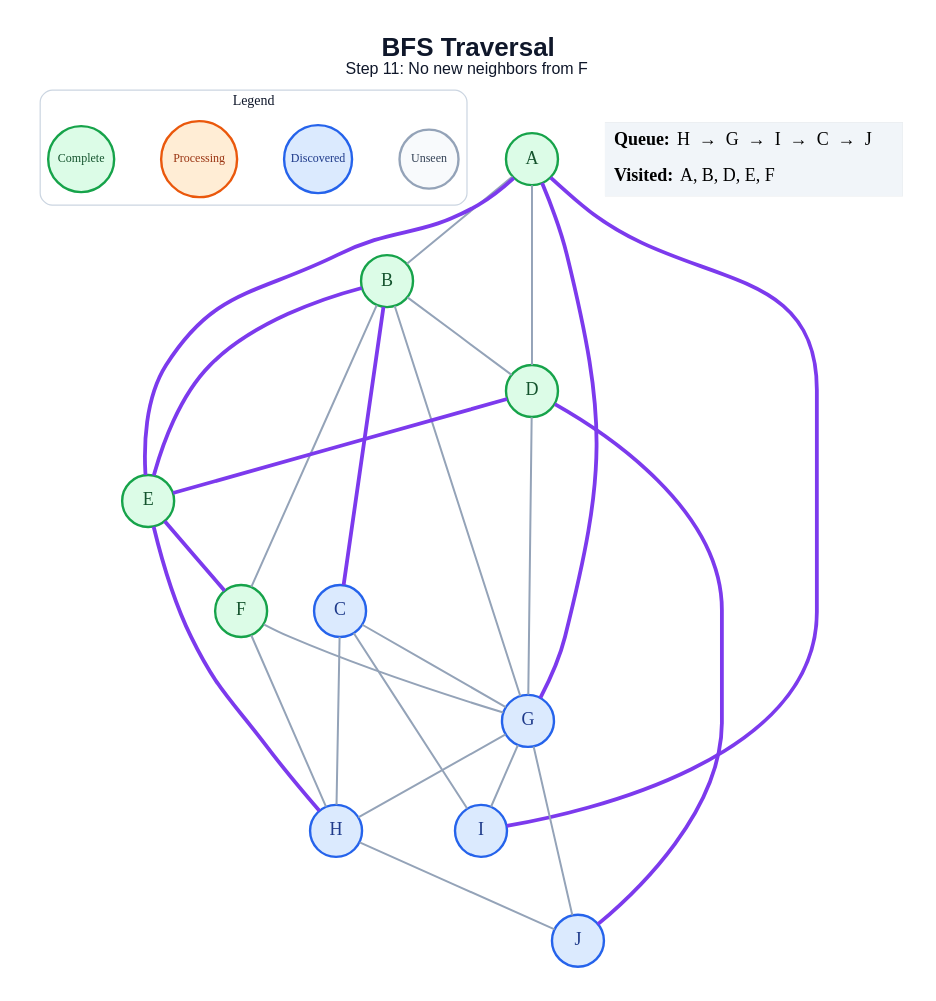
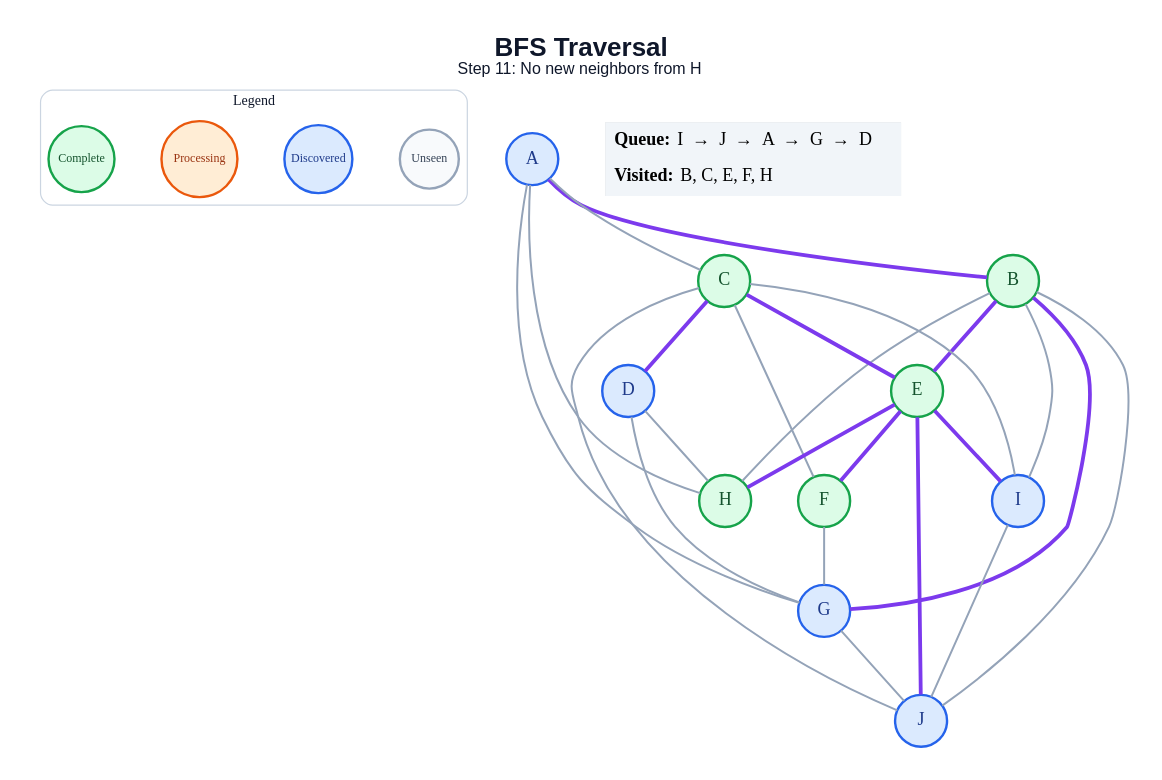
The diagram in generated/specific-node/bfs/step_11.dot (amanghodawala9/ai-slop), drawn with Graphviz before and after one commit. The commit also changed 178 other files, not shown here.

```diff
--- a/generated/specific-node/bfs/step_11.dot
+++ b/generated/specific-node/bfs/step_11.dot
@@ -1,53 +1,52 @@
 graph traversal {
   graph [layout=dot, rankdir=TB, bgcolor="#FFFFFF", pad="0.35", nodesep="0.65", ranksep="0.8", fontname="Arial"];
   node [shape=circle, style="filled", fontname="Arial Bold", fontsize=18, width=0.72, fixedsize=true, penwidth=2.4];
   edge [color="#94A3B8", penwidth=2.0];
-  label=<<B>BFS Traversal</B><BR/><FONT POINT-SIZE="16">Step 11: No new neighbors from F</FONT>>; labelloc="t"; fontsize=26; fontname="Arial"; fontcolor="#0F172A";
+  label=<<B>BFS Traversal</B><BR/><FONT POINT-SIZE="16">Step 11: No new neighbors from H</FONT>>; labelloc="t"; fontsize=26; fontname="Arial"; fontcolor="#0F172A";
   subgraph cluster_legend { label="Legend"; color="#CBD5E1"; penwidth=1.2; style="rounded"; fontsize=14; fontname="Arial Bold";
     key_unseen [label="Unseen", fillcolor="#F8FAFC", color="#94A3B8", fontcolor="#334155", fontsize=12, width=0.82];
     key_frontier [label="Discovered", fillcolor="#DBEAFE", color="#2563EB", fontcolor="#1E3A8A", fontsize=12, width=0.95];
     key_current [label="Processing", fillcolor="#FFEDD5", color="#EA580C", fontcolor="#9A3412", fontsize=12, width=1.05];
     key_done [label="Complete", fillcolor="#DCFCE7", color="#16A34A", fontcolor="#14532D", fontsize=12, width=0.92];
     { rank=same; key_unseen; key_frontier; key_current; key_done; }
   }
-  A [fillcolor="#DCFCE7", color="#16A34A", fontcolor="#14532D"];
+  A [fillcolor="#DBEAFE", color="#2563EB", fontcolor="#1E3A8A"];
   B [fillcolor="#DCFCE7", color="#16A34A", fontcolor="#14532D"];
-  C [fillcolor="#DBEAFE", color="#2563EB", fontcolor="#1E3A8A"];
-  D [fillcolor="#DCFCE7", color="#16A34A", fontcolor="#14532D"];
+  C [fillcolor="#DCFCE7", color="#16A34A", fontcolor="#14532D"];
+  D [fillcolor="#DBEAFE", color="#2563EB", fontcolor="#1E3A8A"];
   E [fillcolor="#DCFCE7", color="#16A34A", fontcolor="#14532D"];
   F [fillcolor="#DCFCE7", color="#16A34A", fontcolor="#14532D"];
   G [fillcolor="#DBEAFE", color="#2563EB", fontcolor="#1E3A8A"];
-  H [fillcolor="#DBEAFE", color="#2563EB", fontcolor="#1E3A8A"];
+  H [fillcolor="#DCFCE7", color="#16A34A", fontcolor="#14532D"];
   I [fillcolor="#DBEAFE", color="#2563EB", fontcolor="#1E3A8A"];
   J [fillcolor="#DBEAFE", color="#2563EB", fontcolor="#1E3A8A"];
-  A -- B;
-  A -- D;
-  A -- E [color="#7C3AED", penwidth=3.8];
-  A -- G [color="#7C3AED", penwidth=3.8];
-  A -- I [color="#7C3AED", penwidth=3.8];
-  B -- C [color="#7C3AED", penwidth=3.8];
-  B -- D;
+  A -- B [color="#7C3AED", penwidth=3.8];
+  A -- C;
+  A -- G;
+  A -- H;
   B -- E [color="#7C3AED", penwidth=3.8];
-  B -- F;
-  B -- G;
-  C -- G;
-  C -- H;
+  B -- G [color="#7C3AED", penwidth=3.8];
+  B -- H;
+  B -- I;
+  B -- J;
+  C -- D [color="#7C3AED", penwidth=3.8];
+  C -- E [color="#7C3AED", penwidth=3.8];
+  C -- F;
   C -- I;
-  D -- E [color="#7C3AED", penwidth=3.8];
+  C -- J;
   D -- G;
-  D -- J [color="#7C3AED", penwidth=3.8];
+  D -- H;
   E -- F [color="#7C3AED", penwidth=3.8];
   E -- H [color="#7C3AED", penwidth=3.8];
+  E -- I [color="#7C3AED", penwidth=3.8];
+  E -- J [color="#7C3AED", penwidth=3.8];
   F -- G;
-  F -- H;
-  G -- H;
-  G -- I;
   G -- J;
-  H -- J;
+  I -- J;
   status [shape=plain, fixedsize=false, width=0, height=0, margin=0, label=<
     <TABLE BORDER="0" CELLBORDER="0" CELLPADDING="7" BGCOLOR="#F1F5F9">
-      <TR><TD ALIGN="LEFT"><B>Queue:</B> H  →  G  →  I  →  C  →  J</TD></TR>
-      <TR><TD ALIGN="LEFT"><B>Visited:</B> A, B, D, E, F</TD></TR>
+      <TR><TD ALIGN="LEFT"><B>Queue:</B> I  →  J  →  A  →  G  →  D</TD></TR>
+      <TR><TD ALIGN="LEFT"><B>Visited:</B> B, C, E, F, H</TD></TR>
     </TABLE>
   >];
 }
```
